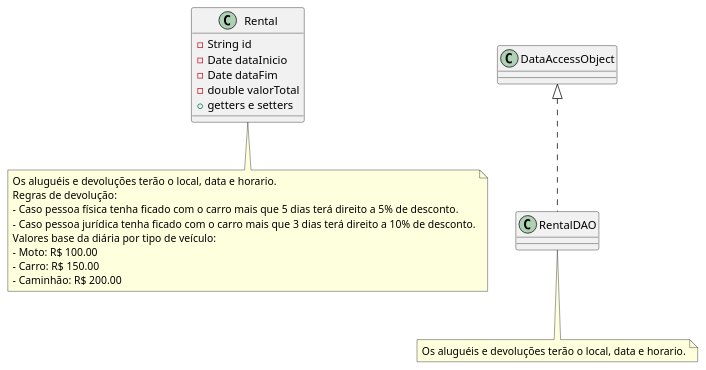
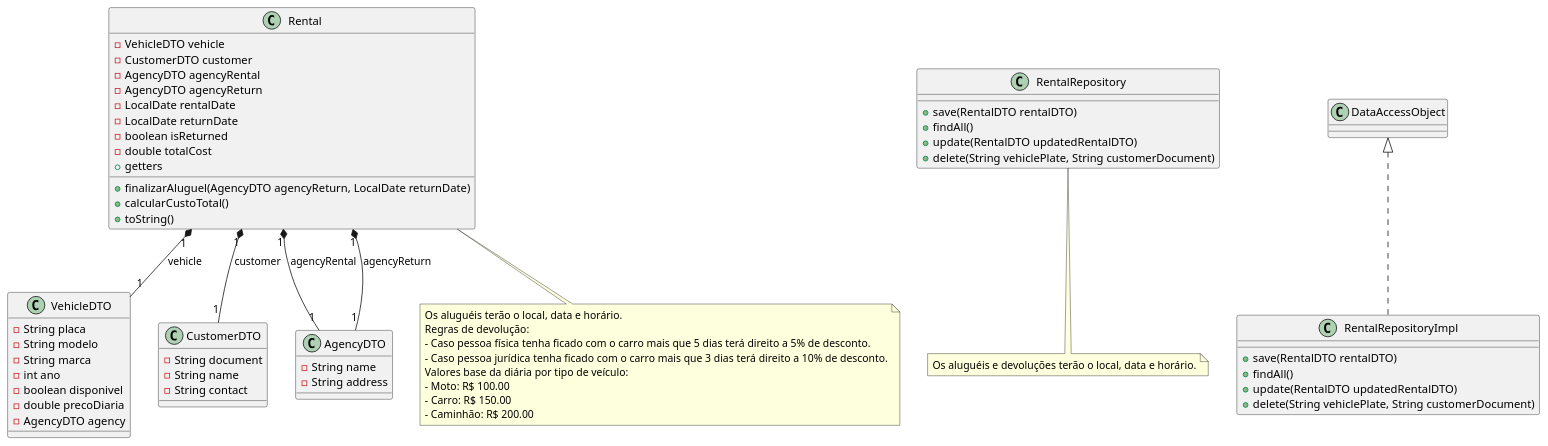
Before and after one commit to Team-1-Santander-Coders/LocadoraTeam1: the diagram in infos/Diagrams/Alugueis.puml, drawn with PlantUML. The commit also changed 14 other files, not shown here.

```diff
--- a/infos/Diagrams/Alugueis.puml
+++ b/infos/Diagrams/Alugueis.puml
@@ -1,18 +1,65 @@
 @startuml
 class Rental {
-    -String id
-    -Date dataInicio
-    -Date dataFim
-    -double valorTotal
-    +getters e setters
+    -VehicleDTO vehicle
+    -CustomerDTO customer
+    -AgencyDTO agencyRental
+    -AgencyDTO agencyReturn
+    -LocalDate rentalDate
+    -LocalDate returnDate
+    -boolean isReturned
+    -double totalCost
+    +finalizarAluguel(AgencyDTO agencyReturn, LocalDate returnDate)
+    +calcularCustoTotal()
+    +toString()
+    +getters
 }
-class RentalDAO
 
-DataAccessObject <|.. RentalDAO
+class RentalRepository {
+    +save(RentalDTO rentalDTO)
+    +findAll()
+    +update(RentalDTO updatedRentalDTO)
+    +delete(String vehiclePlate, String customerDocument)
+}
 
-note "Os aluguéis e devoluções terão o local, data e horario.\nRegras de devolução:\n- Caso pessoa física tenha ficado com o carro mais que 5 dias terá direito a 5% de desconto.\n- Caso pessoa jurídica tenha ficado com o carro mais que 3 dias terá direito a 10% de desconto.\nValores base da diária por tipo de veículo:\n- Moto: R$ 100.00\n- Carro: R$ 150.00\n- Caminhão: R$ 200.00" as N1
+class RentalRepositoryImpl {
+    +save(RentalDTO rentalDTO)
+    +findAll()
+    +update(RentalDTO updatedRentalDTO)
+    +delete(String vehiclePlate, String customerDocument)
+}
+
+class VehicleDTO {
+    -String placa
+    -String modelo
+    -String marca
+    -int ano
+    -boolean disponivel
+    -double precoDiaria
+    -AgencyDTO agency
+}
+
+class CustomerDTO {
+    -String document
+    -String name
+    -String contact
+}
+
+class AgencyDTO {
+    -String name
+    -String address
+}
+
+DataAccessObject <|.. RentalRepositoryImpl
+
+Rental "1" *-- "1" VehicleDTO : vehicle
+Rental "1" *-- "1" CustomerDTO : customer
+Rental "1" *-- "1" AgencyDTO : agencyRental
+Rental "1" *-- "1" AgencyDTO : agencyReturn
+
+note "Os aluguéis terão o local, data e horário.\nRegras de devolução:\n- Caso pessoa física tenha ficado com o carro mais que 5 dias terá direito a 5% de desconto.\n- Caso pessoa jurídica tenha ficado com o carro mais que 3 dias terá direito a 10% de desconto.\nValores base da diária por tipo de veículo:\n- Moto: R$ 100.00\n- Carro: R$ 150.00\n- Caminhão: R$ 200.00" as N1
 Rental .. N1
 
-note "Os aluguéis e devoluções terão o local, data e horario." as N2
-RentalDAO .. N2
+note "Os aluguéis e devoluções terão o local, data e horário." as N2
+RentalRepository .. N2
+
 @enduml
```
